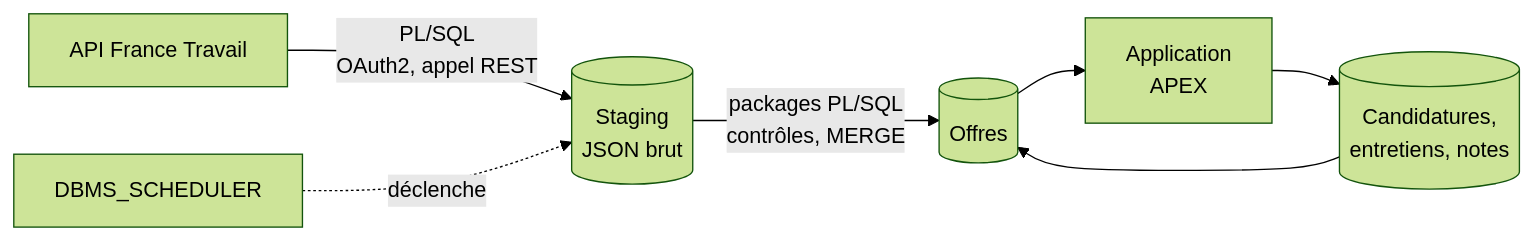
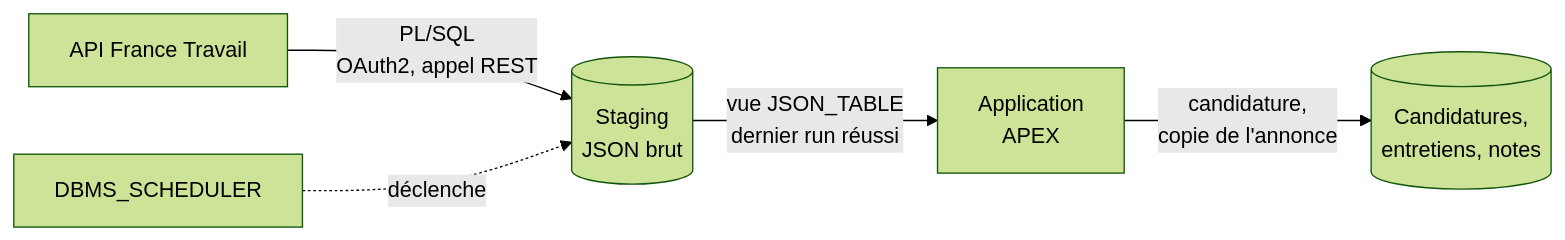
Before and after one commit to NFleurentin/jobtracker: the diagram in README.md, drawn with Mermaid (forest theme). The commit also changed other lines of this file and 1 other file, not shown here.

Commit message:
docs(db): merge offers into applications (#127)

````diff
--- a/README.md
+++ b/README.md
@@ -32,9 +32,7 @@
 ```mermaid
 flowchart LR
     API[API France Travail] -->|PL/SQL<br/>OAuth2, appel REST| STG[(Staging<br/>JSON brut)]
     SCHED[DBMS_SCHEDULER] -.->|déclenche| STG
-    STG -->|packages PL/SQL<br/>contrôles, MERGE| OFF[(Offres)]
-    OFF --> APP[Application<br/>APEX]
-    APP --> TRK[(Candidatures,<br/>entretiens, notes)]
-    TRK --> OFF
+    STG -->|vue JSON_TABLE<br/>dernier run réussi| APP[Application<br/>APEX]
+    APP -->|candidature,<br/>copie de l'annonce| TRK[(Candidatures,<br/>entretiens, notes)]
 ```
````
